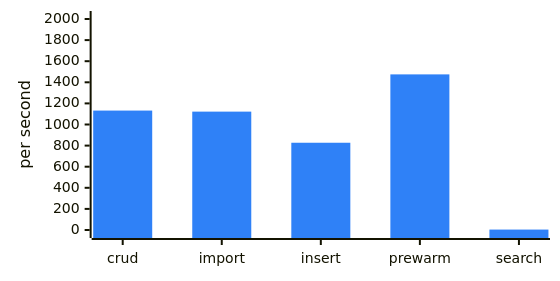
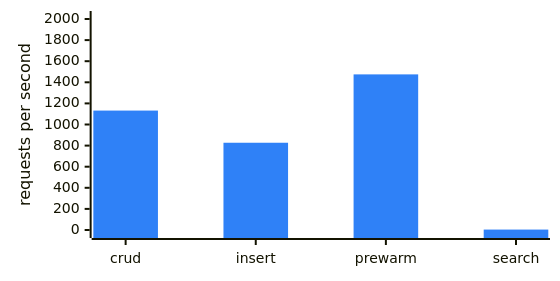
The second of 4 diagrams in .github/tmp-summary-test/stacked/leg-sqlite.md (HeliosSoftware/hfs), drawn with Mermaid before and after one commit. The commit also changed other lines of this file and 16 other files, not shown here.

Commit message:
ci: Bulk Import row, shorter labels, per-leg charts side by side

````diff
--- a/.github/tmp-summary-test/stacked/leg-sqlite.md
+++ b/.github/tmp-summary-test/stacked/leg-sqlite.md
@@ -120,7 +121,7 @@
 ```mermaid
 %%{init: {"xyChart": {"width": 540, "height": 260, "useMaxWidth": false}, "themeVariables": {"xyChart": {"plotColorPalette": "#2f81f7", "backgroundColor": "transparent"}}}}%%
 xychart-beta
-    x-axis ["crud", "import", "insert", "prewarm", "search"]
-    y-axis "per second" 0 --> 2000
-    bar [1132, 1122, 827, 1475, 4]
+    x-axis ["crud", "insert", "prewarm", "search"]
+    y-axis "requests per second" 0 --> 2000
+    bar [1132, 827, 1475, 4]
 ```
````
